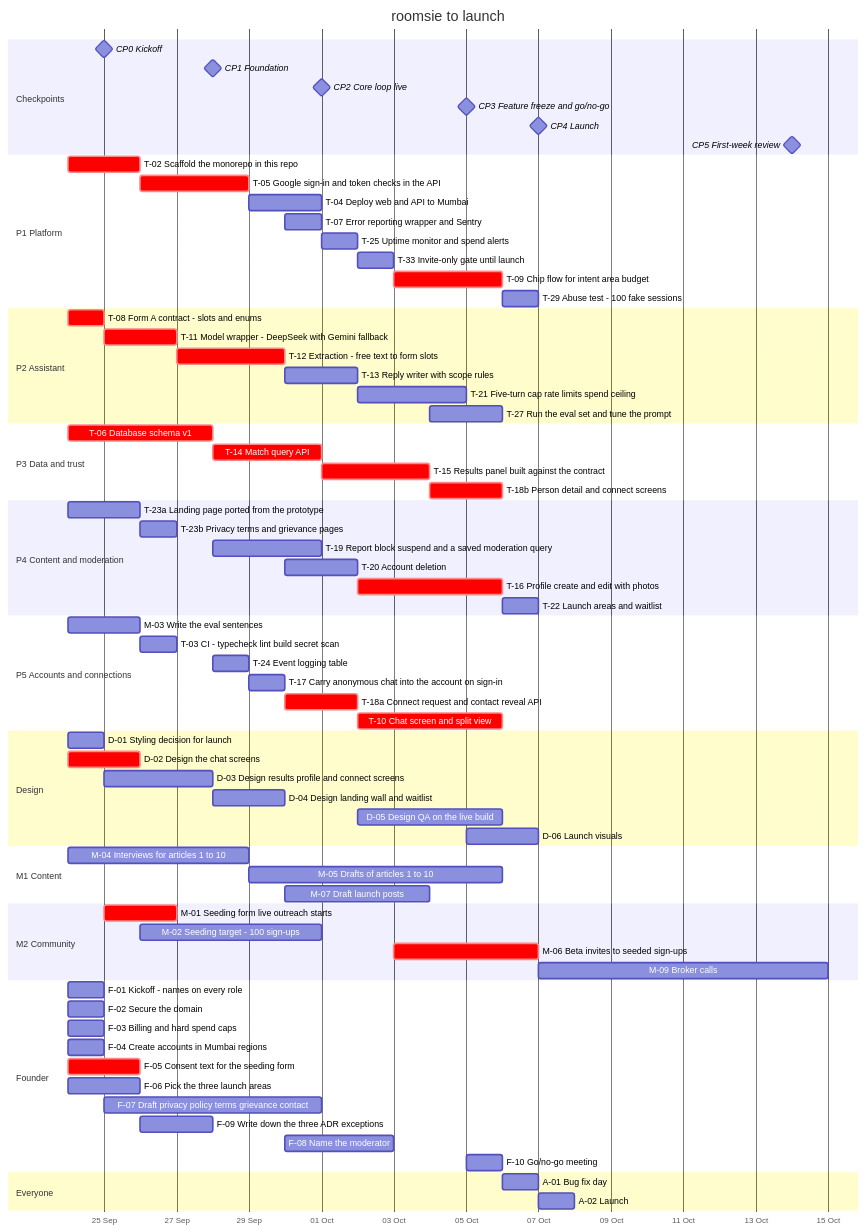
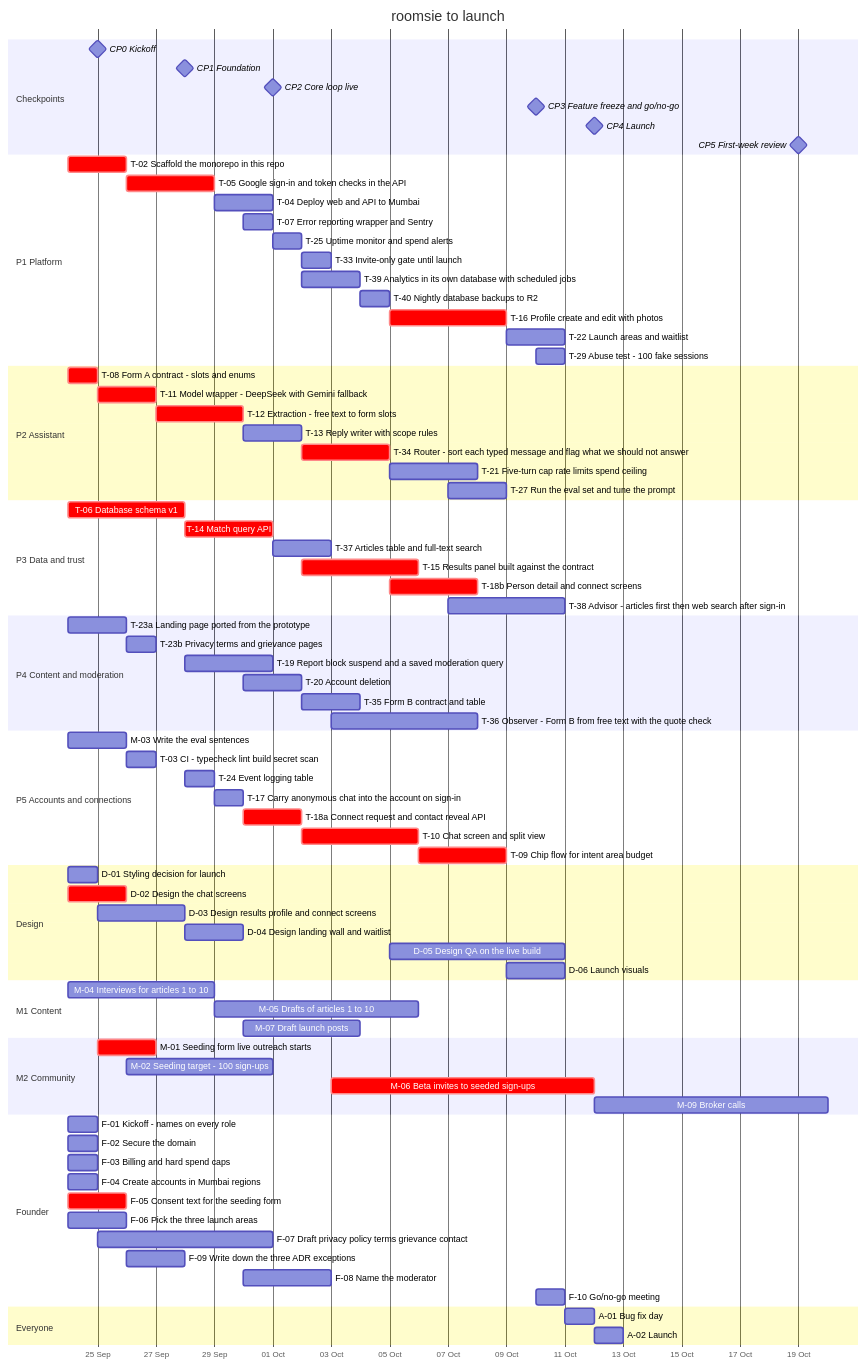
The diagram in docs/team-plan.md (magentawood/roomsie), drawn with Mermaid before and after one commit. The commit also changed other lines of this file and 68 other files, not shown here.

First line of the commit message:
Bring the assistant back into launch, and make the architecture absorb change

````diff
--- a/docs/team-plan.md
+++ b/docs/team-plan.md
@@ -264,9 +280,9 @@
     CP0 Kickoff :milestone, cp0, 2026-09-25, 0d
     CP1 Foundation :milestone, cp1, 2026-09-28, 0d
     CP2 Core loop live :milestone, cp2, 2026-10-01, 0d
-    CP3 Feature freeze and go/no-go :milestone, cp3, 2026-10-05, 0d
-    CP4 Launch :milestone, cp4, 2026-10-07, 0d
-    CP5 First-week review :milestone, cp5, 2026-10-14, 0d
+    CP3 Feature freeze and go/no-go :milestone, cp3, 2026-10-10, 0d
+    CP4 Launch :milestone, cp4, 2026-10-12, 0d
+    CP5 First-week review :milestone, cp5, 2026-10-19, 0d
     section P1 Platform
     T-02 Scaffold the monorepo in this repo :crit, t02, 2026-09-24, 2d
     T-05 Google sign-in and token checks in the API :crit, t05, 2026-09-26, 3d
@@ -274,27 +290,33 @@
     T-07 Error reporting wrapper and Sentry :t07, 2026-09-30, 1d
     T-25 Uptime monitor and spend alerts :t25, 2026-10-01, 1d
     T-33 Invite-only gate until launch :t33, 2026-10-02, 1d
-    T-09 Chip flow for intent area budget :crit, t09, 2026-10-03, 3d
-    T-29 Abuse test - 100 fake sessions :t29, 2026-10-06, 1d
+    T-39 Analytics in its own database with scheduled jobs :t39, 2026-10-02, 2d
+    T-40 Nightly database backups to R2 :t40, 2026-10-04, 1d
+    T-16 Profile create and edit with photos :crit, t16, 2026-10-05, 4d
+    T-22 Launch areas and waitlist :t22, 2026-10-09, 2d
+    T-29 Abuse test - 100 fake sessions :t29, 2026-10-10, 1d
     section P2 Assistant
     T-08 Form A contract - slots and enums :crit, t08, 2026-09-24, 1d
     T-11 Model wrapper - DeepSeek with Gemini fallback :crit, t11, 2026-09-25, 2d
     T-12 Extraction - free text to form slots :crit, t12, 2026-09-27, 3d
     T-13 Reply writer with scope rules :t13, 2026-09-30, 2d
-    T-21 Five-turn cap rate limits spend ceiling :t21, 2026-10-02, 3d
-    T-27 Run the eval set and tune the prompt :t27, 2026-10-04, 2d
+    T-34 Router - sort each typed message and flag what we should not answer :crit, t34, 2026-10-02, 3d
+    T-21 Five-turn cap rate limits spend ceiling :t21, 2026-10-05, 3d
+    T-27 Run the eval set and tune the prompt :t27, 2026-10-07, 2d
     section P3 Data and trust
     T-06 Database schema v1 :crit, t06, 2026-09-24, 4d
     T-14 Match query API :crit, t14, 2026-09-28, 3d
-    T-15 Results panel built against the contract :crit, t15, 2026-10-01, 3d
-    T-18b Person detail and connect screens :crit, t18b, 2026-10-04, 2d
+    T-37 Articles table and full-text search :t37, 2026-10-01, 2d
+    T-15 Results panel built against the contract :crit, t15, 2026-10-02, 4d
+    T-18b Person detail and connect screens :crit, t18b, 2026-10-05, 3d
+    T-38 Advisor - articles first then web search after sign-in :t38, 2026-10-07, 4d
     section P4 Content and moderation
     T-23a Landing page ported from the prototype :t23a, 2026-09-24, 2d
     T-23b Privacy terms and grievance pages :t23b, 2026-09-26, 1d
     T-19 Report block suspend and a saved moderation query :t19, 2026-09-28, 3d
     T-20 Account deletion :t20, 2026-09-30, 2d
-    T-16 Profile create and edit with photos :crit, t16, 2026-10-02, 4d
-    T-22 Launch areas and waitlist :t22, 2026-10-06, 1d
+    T-35 Form B contract and table :t35, 2026-10-02, 2d
+    T-36 Observer - Form B from free text with the quote check :t36, 2026-10-03, 5d
     section P5 Accounts and connections
     M-03 Write the eval sentences :m03, 2026-09-24, 2d
     T-03 CI - typecheck lint build secret scan :t03, 2026-09-26, 1d
@@ -302,13 +324,14 @@
     T-17 Carry anonymous chat into the account on sign-in :t17, 2026-09-29, 1d
     T-18a Connect request and contact reveal API :crit, t18a, 2026-09-30, 2d
     T-10 Chat screen and split view :crit, t10, 2026-10-02, 4d
+    T-09 Chip flow for intent area budget :crit, t09, 2026-10-06, 3d
     section Design
     D-01 Styling decision for launch :d01, 2026-09-24, 1d
     D-02 Design the chat screens :crit, d02, 2026-09-24, 2d
     D-03 Design results profile and connect screens :d03, 2026-09-25, 3d
     D-04 Design landing wall and waitlist :d04, 2026-09-28, 2d
-    D-05 Design QA on the live build :d05, 2026-10-02, 4d
-    D-06 Launch visuals :d06, 2026-10-05, 2d
+    D-05 Design QA on the live build :d05, 2026-10-05, 6d
+    D-06 Launch visuals :d06, 2026-10-09, 2d
     section M1 Content
     M-04 Interviews for articles 1 to 10 :m04, 2026-09-24, 5d
     M-05 Drafts of articles 1 to 10 :m05, 2026-09-29, 7d
@@ -316,8 +339,8 @@
     section M2 Community
     M-01 Seeding form live outreach starts :crit, m01, 2026-09-25, 2d
     M-02 Seeding target - 100 sign-ups :m02, 2026-09-26, 5d
-    M-06 Beta invites to seeded sign-ups :crit, m06, 2026-10-03, 4d
-    M-09 Broker calls :m09, 2026-10-07, 8d
+    M-06 Beta invites to seeded sign-ups :crit, m06, 2026-10-03, 9d
+    M-09 Broker calls :m09, 2026-10-12, 8d
     section Founder
     F-01 Kickoff - names on every role :f01, 2026-09-24, 1d
     F-02 Secure the domain :f02, 2026-09-24, 1d
@@ -328,8 +351,8 @@
     F-07 Draft privacy policy terms grievance contact :f07, 2026-09-25, 6d
     F-09 Write down the three ADR exceptions :f09, 2026-09-26, 2d
     F-08 Name the moderator :f08, 2026-09-30, 3d
-    F-10 Go/no-go meeting :f10, 2026-10-05, 1d
+    F-10 Go/no-go meeting :f10, 2026-10-10, 1d
     section Everyone
-    A-01 Bug fix day :a01, 2026-10-06, 1d
-    A-02 Launch :a02, 2026-10-07, 1d
+    A-01 Bug fix day :a01, 2026-10-11, 1d
+    A-02 Launch :a02, 2026-10-12, 1d
 ```
````
